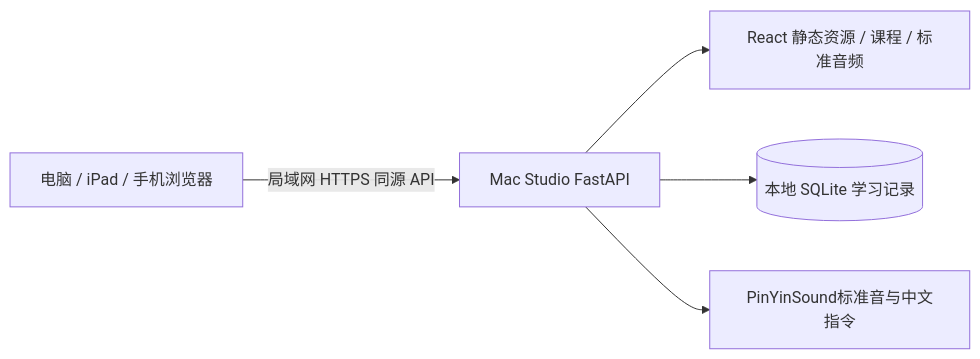
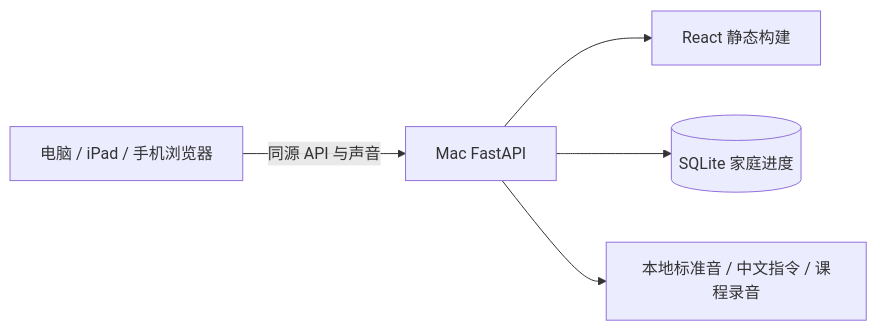
The diagram in docs/architecture.md (yizhouxw/love-pinyin), drawn with Mermaid before and after one commit. The commit also changed other lines of this file and 40 other files, not shown here.

````diff
--- a/docs/architecture.md
+++ b/docs/architecture.md
@@ -11,7 +5,7 @@
 ```mermaid
 flowchart LR
-  Browser[电脑 / iPad / 手机浏览器] -->|局域网 HTTPS 同源 API| API[Mac Studio FastAPI]
-  API --> Web[React 静态资源 / 课程 / 标准音频]
-  API --> DB[(本地 SQLite 学习记录)]
-  API --> Assets[PinYinSound标准音与中文指令]
+  Browser[电脑 / iPad / 手机浏览器] -->|同源 API 与声音| Mac[Mac FastAPI]
+  Mac --> Web[React 静态构建]
+  Mac --> DB[(SQLite 家庭进度)]
+  Mac --> Audio[本地标准音 / 中文指令 / 课程录音]
 ```
````
